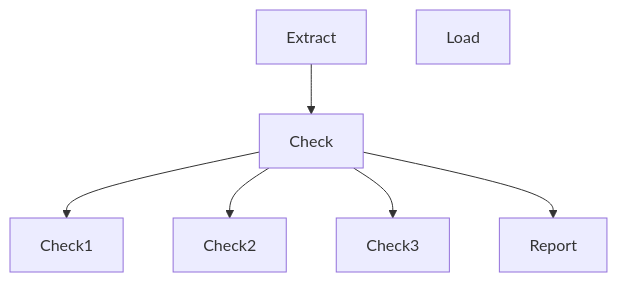
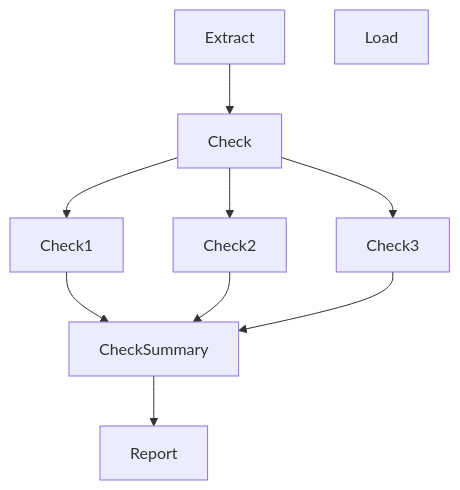
Before and after one commit to tsolenthaler/python-contentdesk-report: the diagram in Readme.md, drawn with Mermaid. The commit also changed 1 other file, not shown here.

Commit message:
Add GitHub Actions workflow for uploading Python package to Test PyPI
Update README to reflect changes in the report generation flow

````diff
--- a/Readme.md
+++ b/Readme.md
@@ -28,9 +28,12 @@
 ```mermaid
 flowchart TD
     Extract --> Check
     Check --> Check1
     Check --> Check2
     Check --> Check3
-    Check --> Report
+    Check1 --> CheckSummary
+    Check2 --> CheckSummary
+    Check3 --> CheckSummary
+    CheckSummary --> Report
     Load
 ```
````
